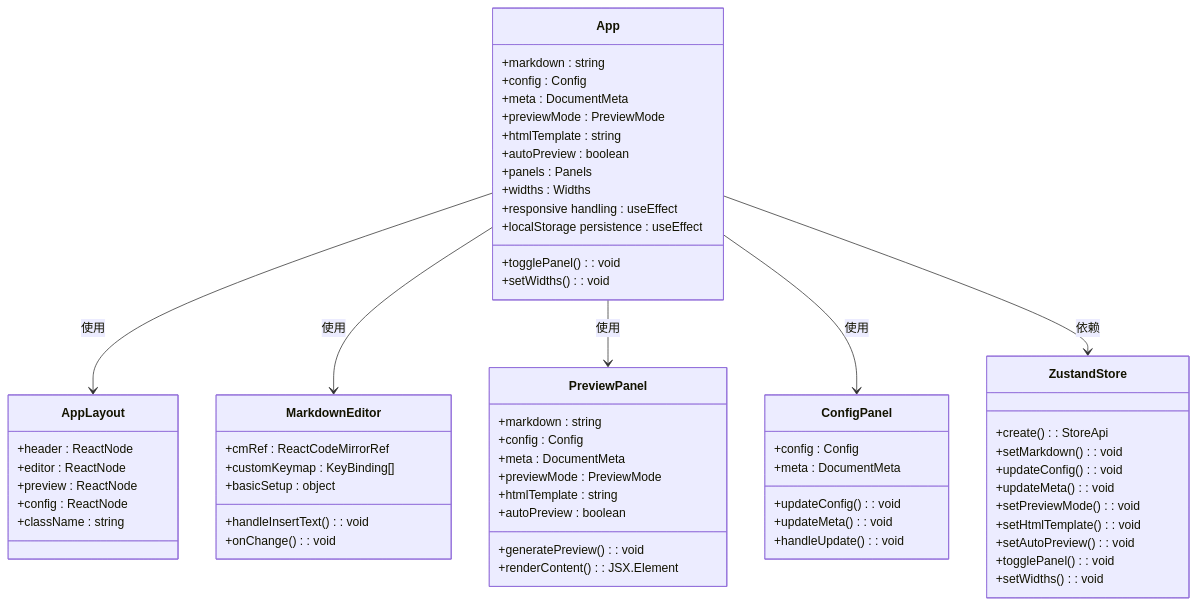
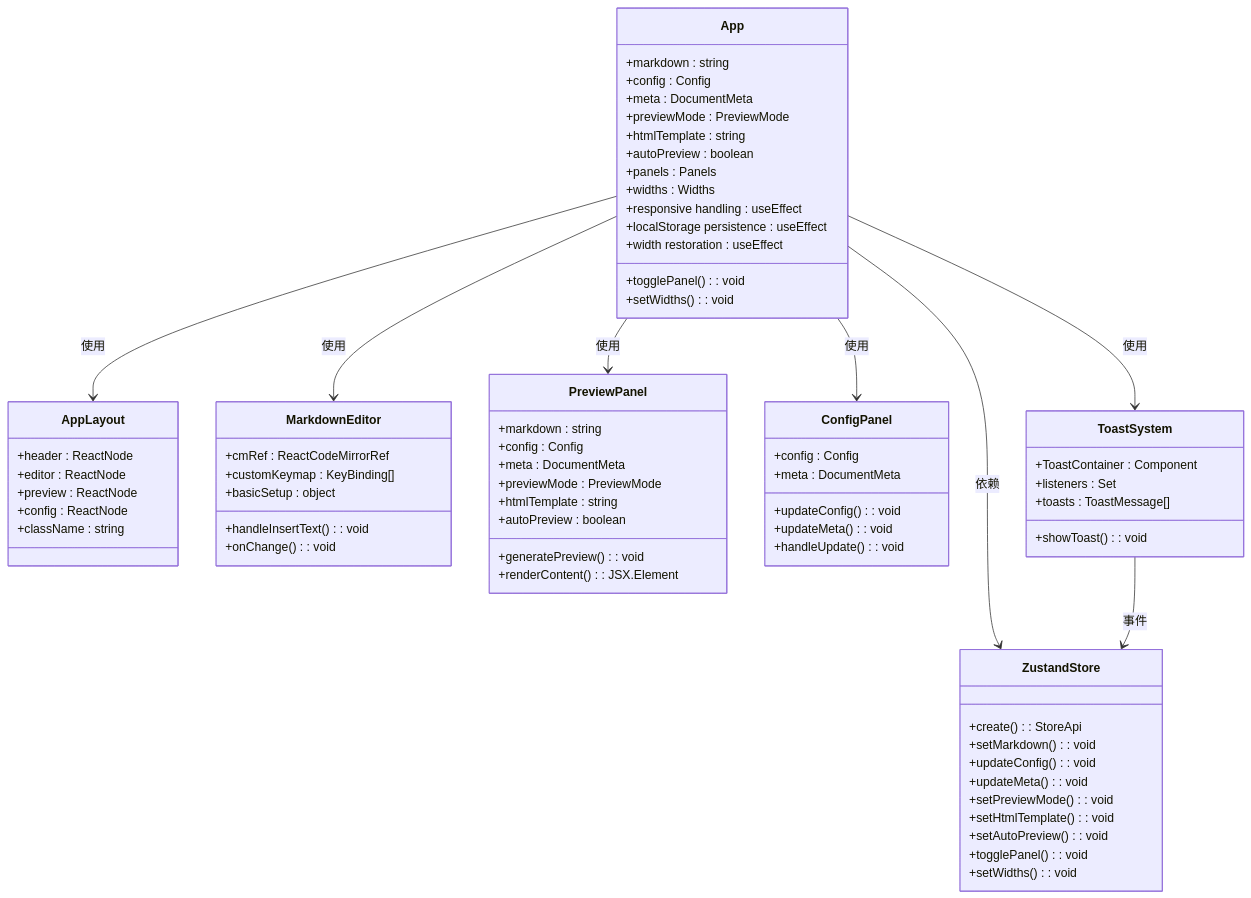
The fourth of 14 diagrams in .lingma/repowiki/zh/content/用户指南/前端界面现代化.md (wanwushelie/markdown-to-word-studio), drawn with Mermaid before and after one commit. The commit also changed other lines of this file and 48 other files, not shown here.

````diff
--- a/.lingma/repowiki/zh/content/用户指南/前端界面现代化.md
+++ b/.lingma/repowiki/zh/content/用户指南/前端界面现代化.md
@@ -306,64 +332,73 @@
 ```mermaid
 classDiagram
 class App {
 +markdown : string
 +config : Config
 +meta : DocumentMeta
 +previewMode : PreviewMode
 +htmlTemplate : string
 +autoPreview : boolean
 +panels : Panels
 +widths : Widths
 +togglePanel() : void
 +setWidths() : void
 +responsive handling : useEffect
 +localStorage persistence : useEffect
++width restoration : useEffect
 }
 class AppLayout {
 +header : ReactNode
 +editor : ReactNode
 +preview : ReactNode
 +config : ReactNode
 +className : string
 }
 class MarkdownEditor {
 +cmRef : ReactCodeMirrorRef
 +handleInsertText() : void
 +customKeymap : KeyBinding[]
 +basicSetup : object
 +onChange() : void
 }
 class PreviewPanel {
 +markdown : string
 +config : Config
 +meta : DocumentMeta
 +previewMode : PreviewMode
 +htmlTemplate : string
 +autoPreview : boolean
 +generatePreview() : void
 +renderContent() : JSX.Element
 }
 class ConfigPanel {
 +config : Config
 +meta : DocumentMeta
 +updateConfig() : void
 +updateMeta() : void
 +handleUpdate() : void
 }
+class ToastSystem {
++showToast() : void
++ToastContainer : Component
++listeners : Set
++toasts : ToastMessage[]
+}
 class ZustandStore {
 +create() : StoreApi
 +setMarkdown() : void
 +updateConfig() : void
 +updateMeta() : void
 +setPreviewMode() : void
 +setHtmlTemplate() : void
 +setAutoPreview() : void
 +togglePanel() : void
 +setWidths() : void
 }
 App --> AppLayout : 使用
 App --> MarkdownEditor : 使用
 App --> PreviewPanel : 使用
 App --> ConfigPanel : 使用
+App --> ToastSystem : 使用
 App --> ZustandStore : 依赖
+ToastSystem --> ZustandStore : 事件
 ```
````
